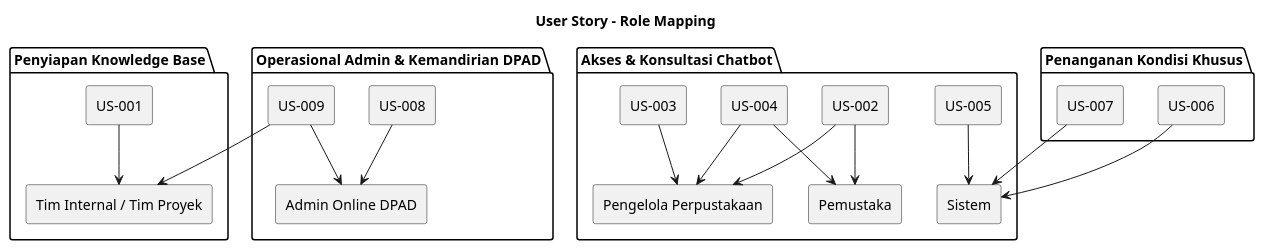
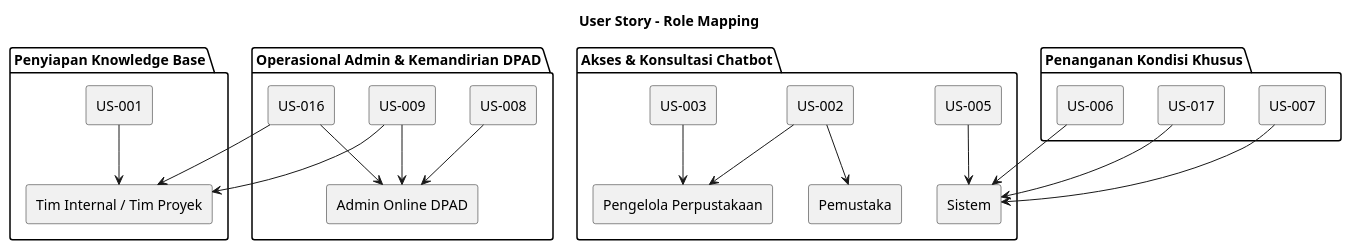
Before and after one commit to yudha-tlab/ai-os-knowledge: the fourth of 12 diagrams in knowledge/projects/dpad-chatbot/source-docs/system-analysis/09_UserStory_Mapping.md, drawn with PlantUML. The commit also changed other lines of this file and 11 other files, not shown here.

````diff
--- a/knowledge/projects/dpad-chatbot/source-docs/system-analysis/09_UserStory_Mapping.md
+++ b/knowledge/projects/dpad-chatbot/source-docs/system-analysis/09_UserStory_Mapping.md
@@ -425,32 +472,33 @@
 ```plantuml
 @startuml
 skinparam componentStyle rectangle
 
 title User Story - Role Mapping
 
 package "Penyiapan Knowledge Base" {
   [US-001] --> [Tim Internal / Tim Proyek]
 }
 
 package "Akses & Konsultasi Chatbot" {
   [US-002] --> [Pengelola Perpustakaan]
   [US-002] --> [Pemustaka]
   [US-003] --> [Pengelola Perpustakaan]
-  [US-004] --> [Pemustaka]
-  [US-004] --> [Pengelola Perpustakaan]
   [US-005] --> [Sistem]
 }
 
 package "Penanganan Kondisi Khusus" {
   [US-006] --> [Sistem]
   [US-007] --> [Sistem]
+  [US-017] --> [Sistem]
 }
 
 package "Operasional Admin & Kemandirian DPAD" {
   [US-008] --> [Admin Online DPAD]
   [US-009] --> [Admin Online DPAD]
   [US-009] --> [Tim Internal / Tim Proyek]
+  [US-016] --> [Admin Online DPAD]
+  [US-016] --> [Tim Internal / Tim Proyek]
 }
 
 @enduml
 ```
````
